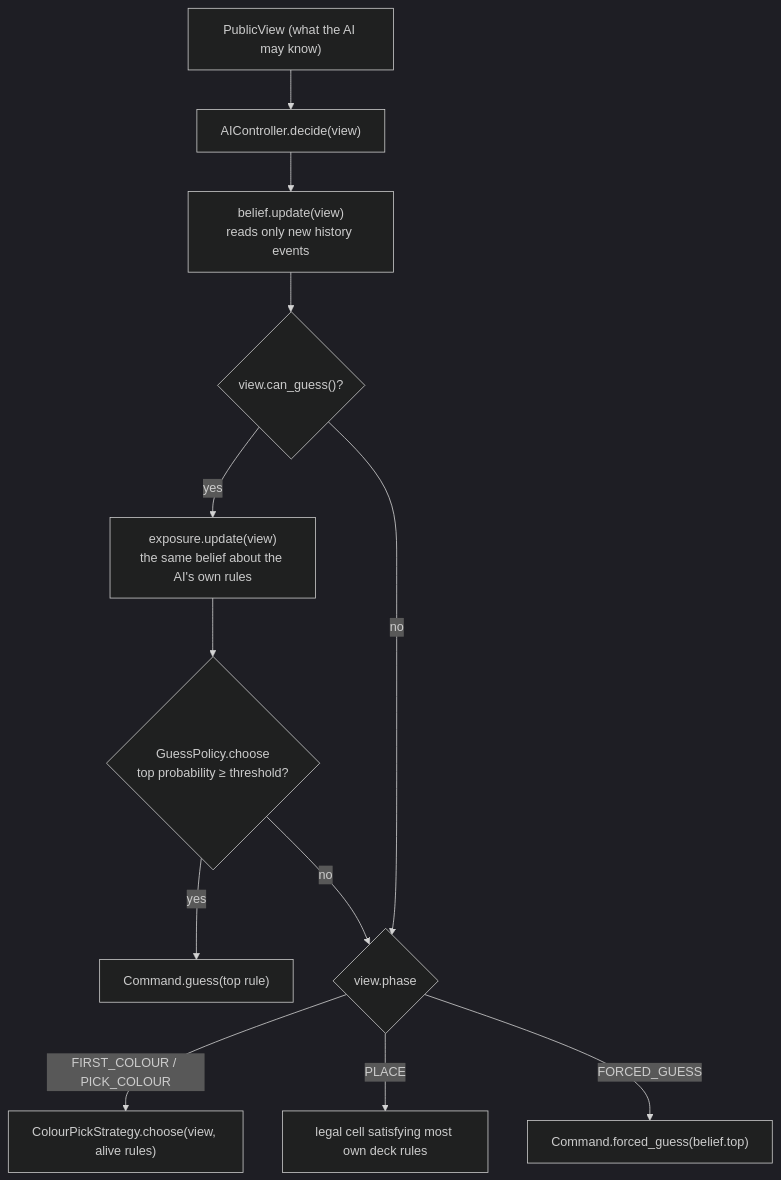
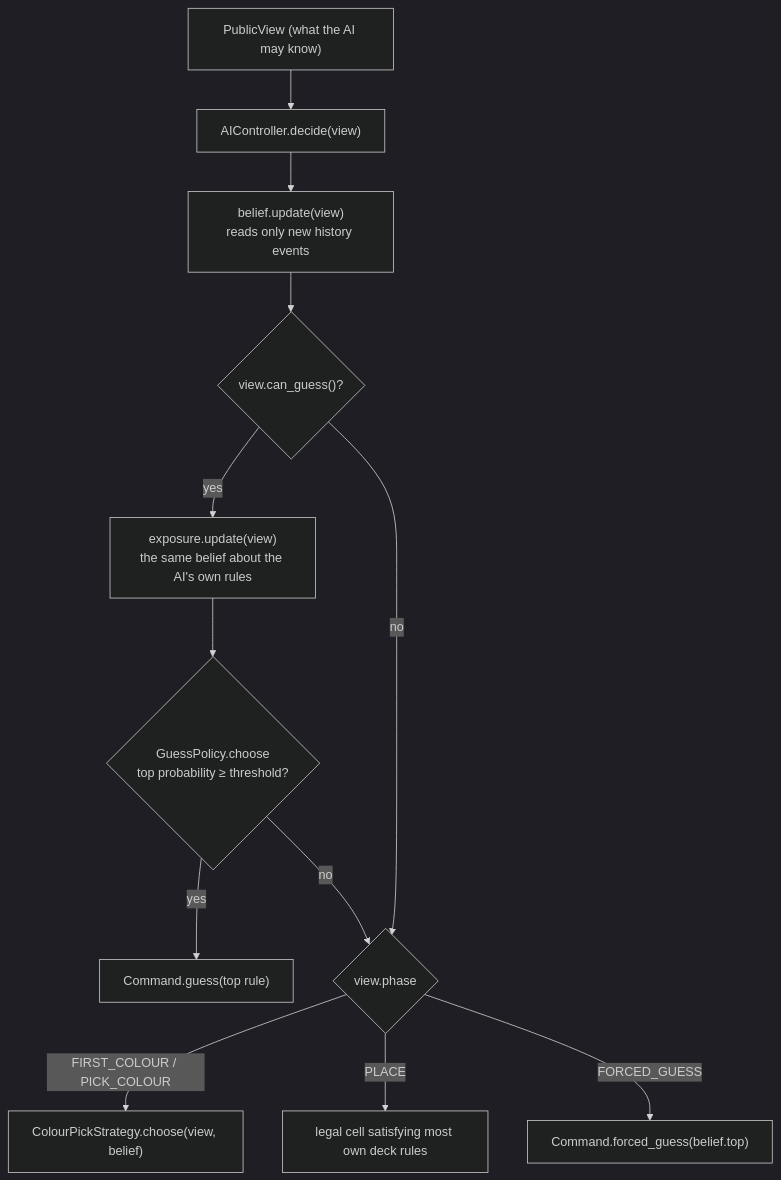
The diagram in docs/ai-internals.md (BlueDespero/Ballen), drawn with Mermaid (dark theme) before and after one commit. The commit also changed other lines of this file and 2 other files, not shown here.

First line of the commit message:
Document Normal's information-gain colour pick

````diff
--- a/docs/ai-internals.md
+++ b/docs/ai-internals.md
@@ -70,14 +71,14 @@
 ```mermaid
 flowchart TD
     view["PublicView (what the AI may know)"] --> decide["AIController.decide(view)"]
     decide --> upd["belief.update(view)<br/>reads only new history events"]
     upd --> canguess{"view.can_guess()?"}
     canguess -- yes --> exp["exposure.update(view)<br/>the same belief about the AI's own rules"]
     exp --> policy{"GuessPolicy.choose<br/>top probability ≥ threshold?"}
     policy -- yes --> guess["Command.guess(top rule)"]
     policy -- no --> phase
     canguess -- no --> phase{"view.phase"}
-    phase -- "FIRST_COLOUR / PICK_COLOUR" --> colour["ColourPickStrategy.choose(view, alive rules)"]
+    phase -- "FIRST_COLOUR / PICK_COLOUR" --> colour["ColourPickStrategy.choose(view, belief)"]
     phase -- PLACE --> place["legal cell satisfying most own deck rules"]
     phase -- FORCED_GUESS --> forced["Command.forced_guess(belief.top)"]
 ```
````
